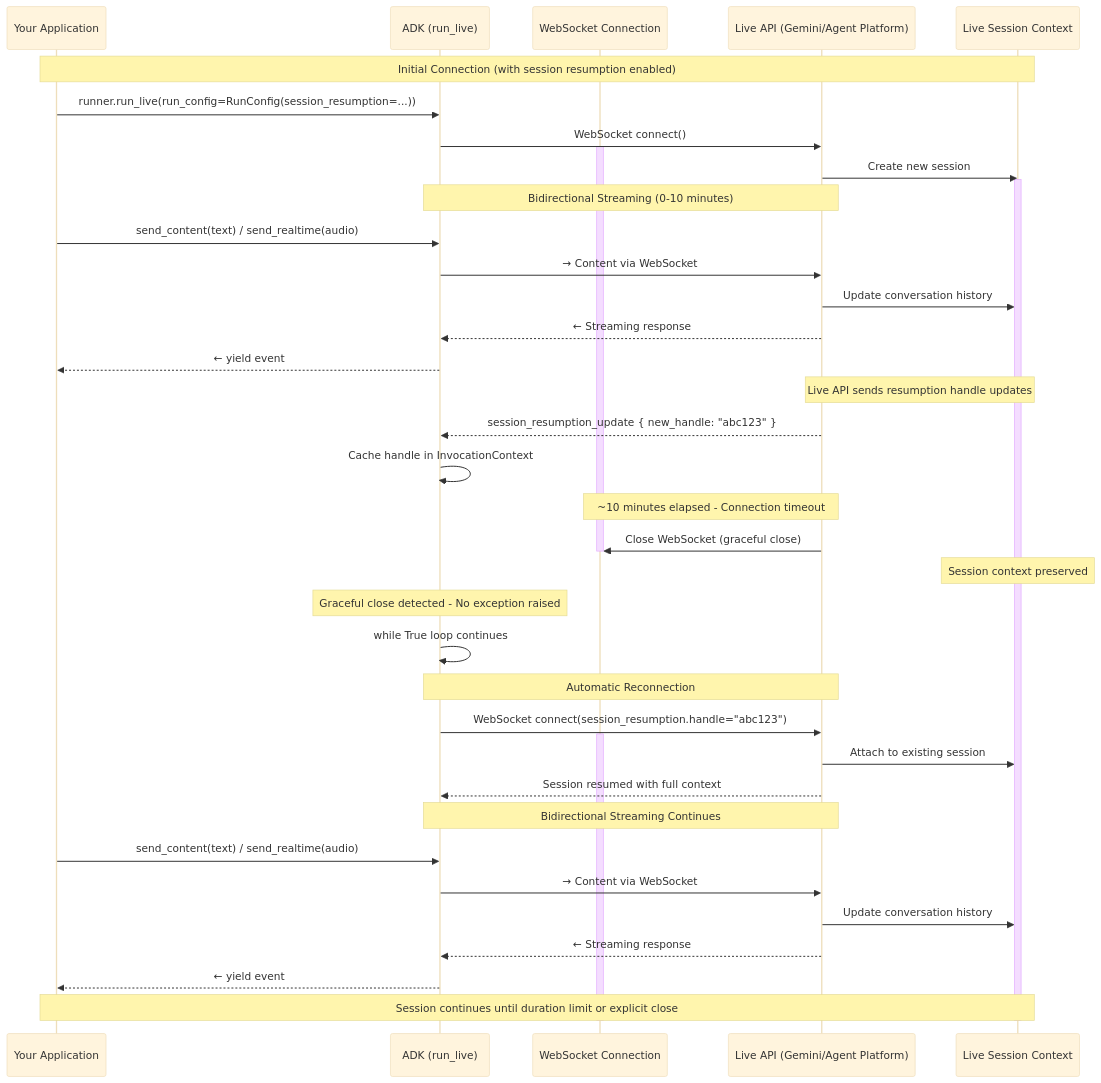
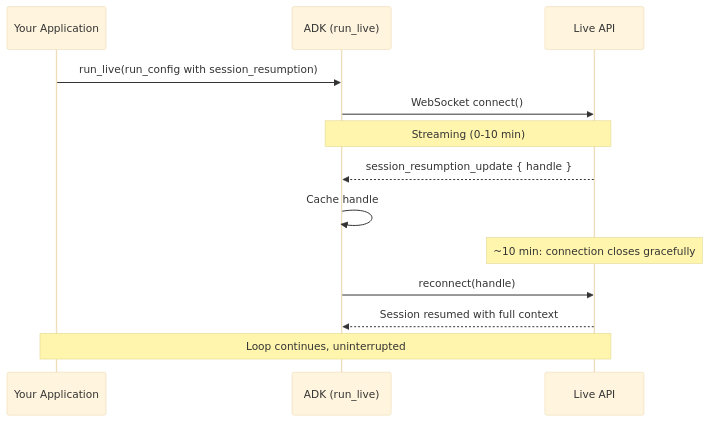
The diagram in docs/live/sessions.md (google/adk-docs), drawn with Mermaid (base theme) before and after one commit. The commit also changed other lines of this file and 16 other files, not shown here.

First line of the commit message:
docs(live): restructure the live docs around ADK ownership

````diff
--- a/docs/live/sessions.md
+++ b/docs/live/sessions.md
@@ -926,57 +267,16 @@
 ```mermaid
 sequenceDiagram
     participant App as Your Application
     participant ADK as ADK (run_live)
-    participant WS as WebSocket Connection
-    participant API as Live API (Gemini/Agent Platform)
-    participant LiveSession as Live Session Context
+    participant API as Live API
 
-    Note over App,LiveSession: Initial Connection (with session resumption enabled)
-
-    App->>ADK: runner.run_live(run_config=RunConfig(session_resumption=...))
+    App->>ADK: run_live(run_config with session_resumption)
     ADK->>API: WebSocket connect()
-    activate WS
-    API->>LiveSession: Create new session
-    activate LiveSession
-
-    Note over ADK,API: Bidirectional Streaming (0-10 minutes)
-
-    App->>ADK: send_content(text) / send_realtime(audio)
-    ADK->>API: → Content via WebSocket
-    API->>LiveSession: Update conversation history
-    API-->>ADK: ← Streaming response
-    ADK-->>App: ← yield event
-
-    Note over API,LiveSession: Live API sends resumption handle updates
-    API-->>ADK: session_resumption_update { new_handle: "abc123" }
-    ADK->>ADK: Cache handle in InvocationContext
-
-    Note over WS,API: ~10 minutes elapsed - Connection timeout
-
-    API->>WS: Close WebSocket (graceful close)
-    deactivate WS
-    Note over LiveSession: Session context preserved
-
-    Note over ADK: Graceful close detected - No exception raised
-    ADK->>ADK: while True loop continues
-
-    Note over ADK,API: Automatic Reconnection
-
-    ADK->>API: WebSocket connect(session_resumption.handle="abc123")
-    activate WS
-    API->>LiveSession: Attach to existing session
+    Note over ADK,API: Streaming (0-10 min)
+    API-->>ADK: session_resumption_update { handle }
+    ADK->>ADK: Cache handle
+    Note over API: ~10 min: connection closes gracefully
+    ADK->>API: reconnect(handle)
     API-->>ADK: Session resumed with full context
-
-    Note over ADK,API: Bidirectional Streaming Continues
-
-    App->>ADK: send_content(text) / send_realtime(audio)
-    ADK->>API: → Content via WebSocket
-    API->>LiveSession: Update conversation history
-    API-->>ADK: ← Streaming response
-    ADK-->>App: ← yield event
-
-    Note over App,LiveSession: Session continues until duration limit or explicit close
-
-    deactivate WS
-    deactivate LiveSession
+    Note over App,API: Loop continues, uninterrupted
 ```
````
